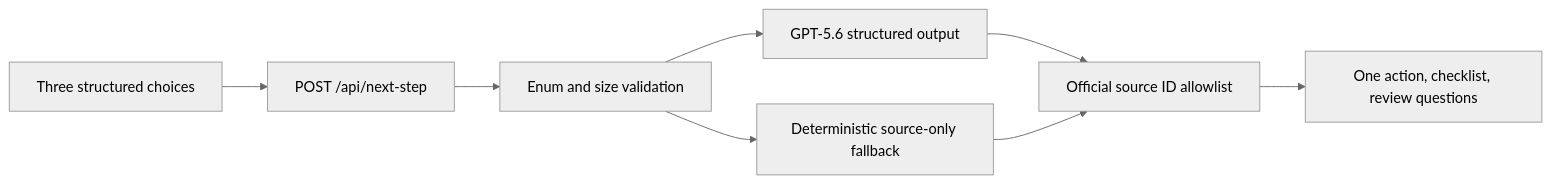
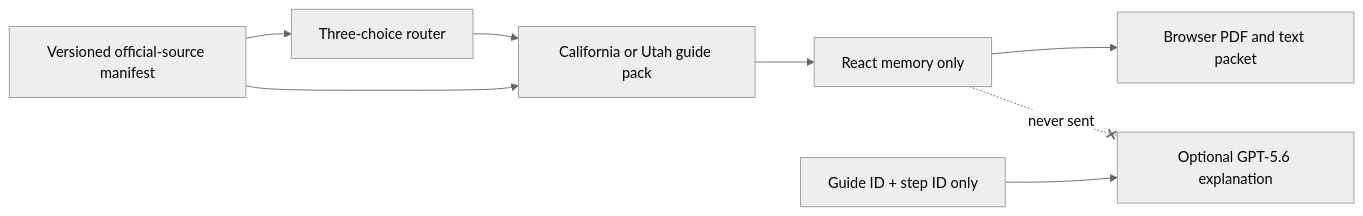
The diagram in README.md (thefayth/f1ghtback), drawn with Mermaid (neutral theme) before and after one commit. The commit also changed other lines of this file and 34 other files, not shown here.

````diff
--- a/README.md
+++ b/README.md
@@ -56,10 +43,10 @@
 ```mermaid
 flowchart LR
-  U["Three structured choices"] --> A["POST /api/next-step"]
-  A --> V["Enum and size validation"]
-  V --> G["GPT-5.6 structured output"]
-  V --> F["Deterministic source-only fallback"]
-  G --> S["Official source ID allowlist"]
-  F --> S
-  S --> R["One action, checklist, review questions"]
+  R["Three-choice router"] --> G["California or Utah guide pack"]
+  G --> M["React memory only"]
+  M --> P["Browser PDF and text packet"]
+  S["Versioned official-source manifest"] --> R
+  S --> G
+  I["Guide ID + step ID only"] --> A["Optional GPT-5.6 explanation"]
+  M -. "never sent" .-x A
 ```
````
